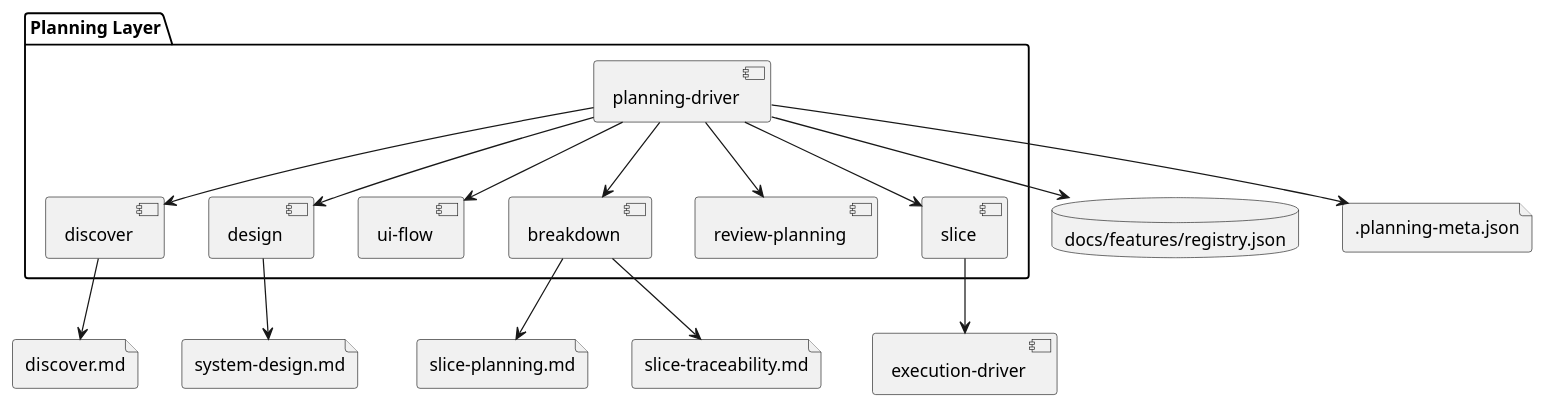
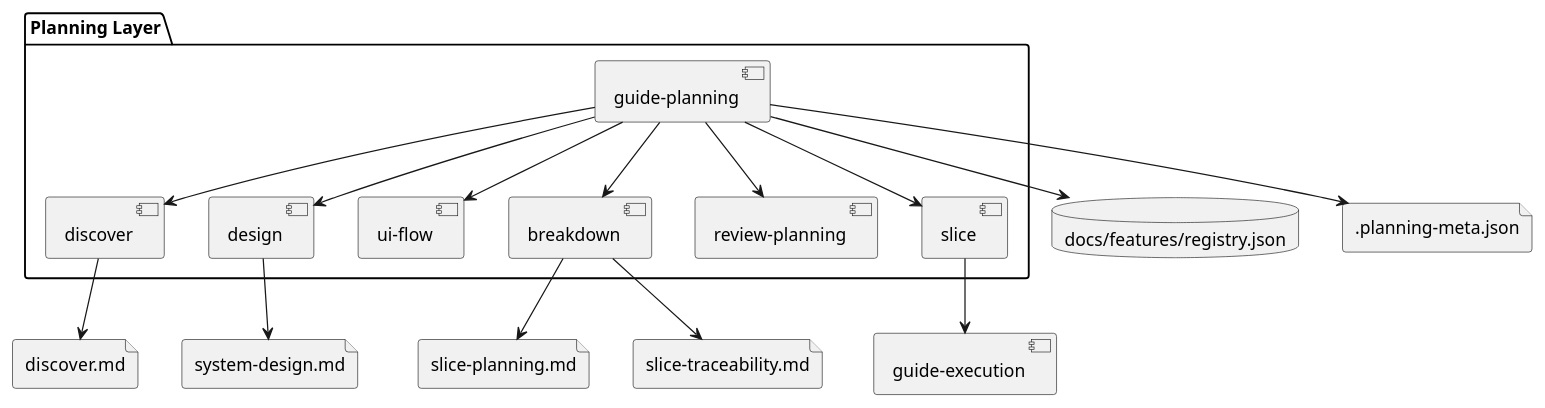
The diagram in docs/features/planning-workflow/system-design.md (sirius-cc-wu/sirius-skills), drawn with PlantUML before and after one commit. The commit also changed other lines of this file and 30 other files, not shown here.

````diff
--- a/docs/features/planning-workflow/system-design.md
+++ b/docs/features/planning-workflow/system-design.md
@@ -37,34 +38,34 @@
 ```plantuml
 @startuml
 package "Planning Layer" {
-  [planning-driver]
+  [guide-planning]
   [discover]
   [design]
   [ui-flow]
   [breakdown]
   [review-planning]
   [slice]
 }
 
 database "docs/features/registry.json" as Registry
 file ".planning-meta.json" as Meta
 file "discover.md" as Discover
 file "system-design.md" as DesignDoc
 file "slice-planning.md" as SlicePlanning
 file "slice-traceability.md" as SliceTraceability
 
-[planning-driver] --> Registry
-[planning-driver] --> Meta
-[planning-driver] --> [discover]
-[planning-driver] --> [design]
-[planning-driver] --> [ui-flow]
-[planning-driver] --> [breakdown]
-[planning-driver] --> [review-planning]
-[planning-driver] --> [slice]
+[guide-planning] --> Registry
+[guide-planning] --> Meta
+[guide-planning] --> [discover]
+[guide-planning] --> [design]
+[guide-planning] --> [ui-flow]
+[guide-planning] --> [breakdown]
+[guide-planning] --> [review-planning]
+[guide-planning] --> [slice]
 [discover] --> Discover
 [design] --> DesignDoc
 [breakdown] --> SlicePlanning
 [breakdown] --> SliceTraceability
-[slice] --> [execution-driver]
+[slice] --> [guide-execution]
 @enduml
 ```
````
